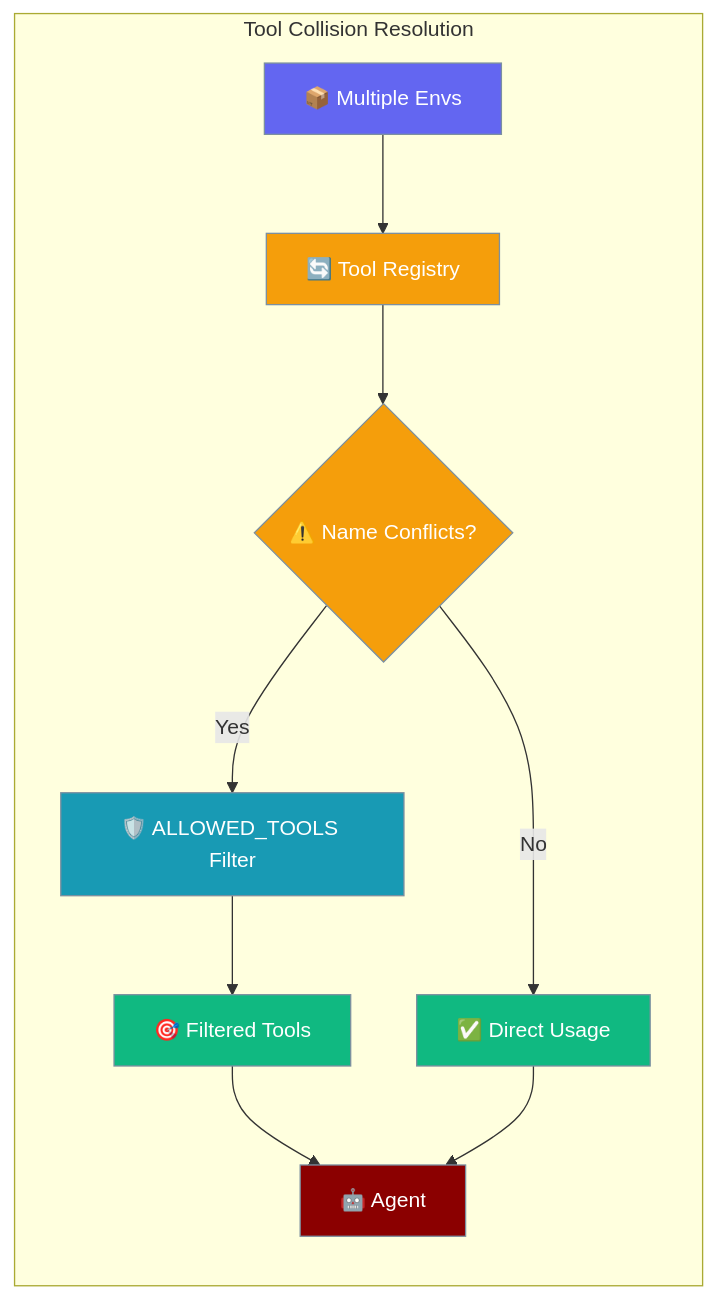
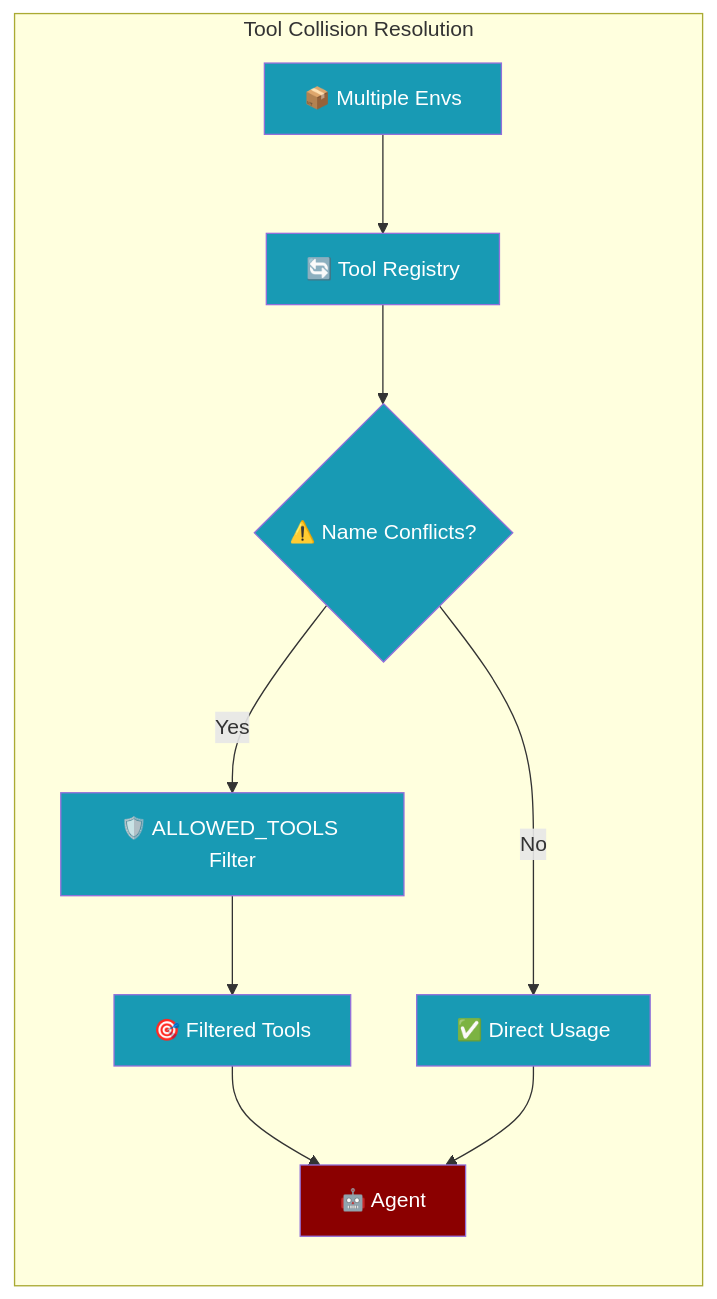
One commit to MervinPraison/PraisonAIDocs changed the first of 3 diagrams in docs/features/allowed-tools.mdx. Above: the diagram before and after it, drawn with Mermaid. The commit also changed 24 other files, not shown here.

````diff
--- a/docs/features/allowed-tools.mdx
+++ b/docs/features/allowed-tools.mdx
@@ -10,24 +10,18 @@
 ```mermaid
 graph LR
     subgraph "Tool Collision Resolution"
         A[📦 Multiple Envs] --> B[🔄 Tool Registry]
         B --> C{⚠️ Name Conflicts?}
         C -->|Yes| D[🛡️ ALLOWED_TOOLS Filter]
         C -->|No| E[✅ Direct Usage]
         D --> F[🎯 Filtered Tools]
         F --> G[🤖 Agent]
         E --> G
     end
     
-    classDef env fill:#6366F1,stroke:#7C90A0,color:#fff
-    classDef registry fill:#F59E0B,stroke:#7C90A0,color:#fff
-    classDef filter fill:#189AB4,stroke:#7C90A0,color:#fff
-    classDef result fill:#10B981,stroke:#7C90A0,color:#fff
-    classDef agent fill:#8B0000,stroke:#7C90A0,color:#fff
+    classDef agent fill:#8B0000,color:#fff
+    classDef tool fill:#189AB4,color:#fff
     
-    class A env
-    class B,C registry
-    class D filter
-    class F,E result
     class G agent
+    class A,B,C,D,E,F tool
 ```
````
